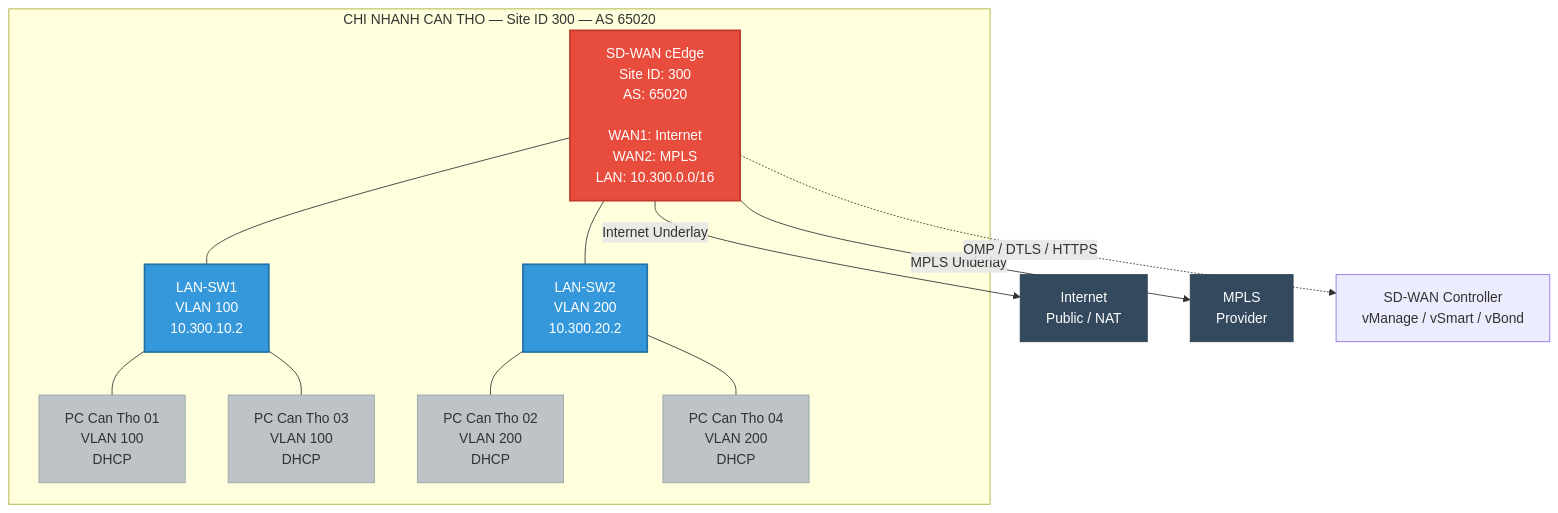
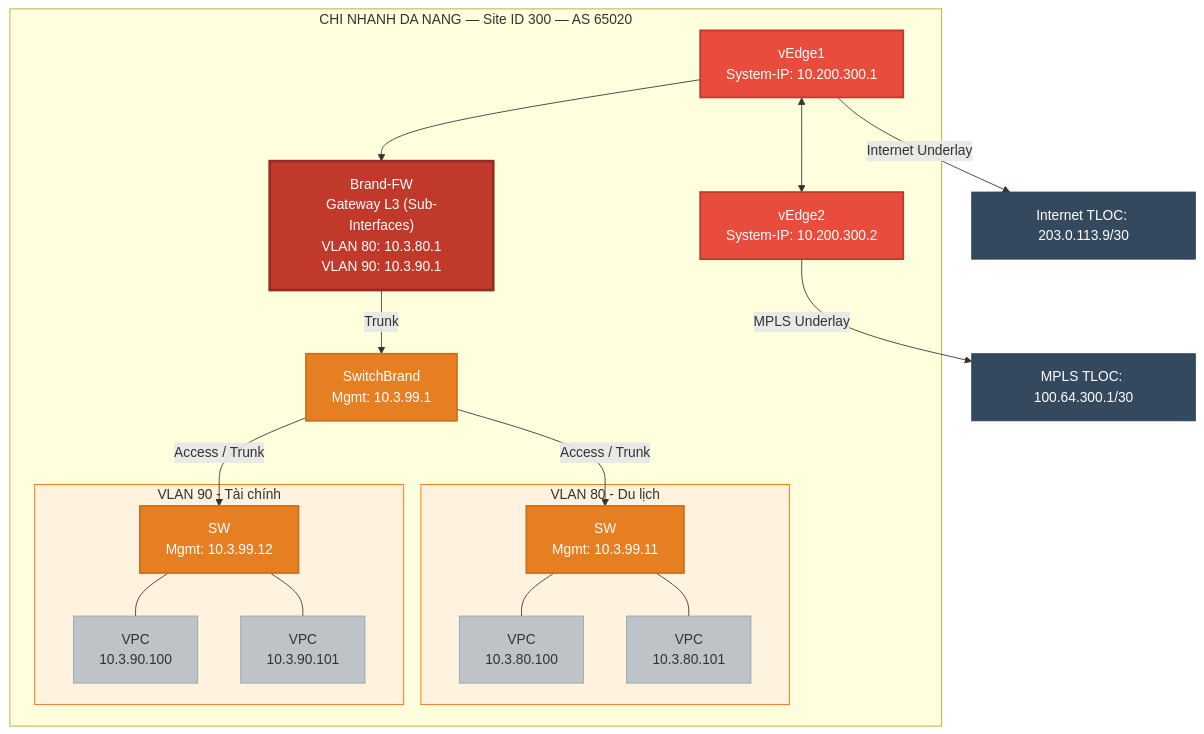
Before and after one commit to nhanhuutran007/Campus_Network_SDN_SD-WAN: the fifth of 6 diagrams in campus_network_sdn_sdwan.md, drawn with Mermaid. The commit also changed other lines of this file and 5 other files, not shown here.

````diff
--- a/campus_network_sdn_sdwan.md
+++ b/campus_network_sdn_sdwan.md
@@ -633,32 +484,50 @@
 ```mermaid
 graph TB
-    subgraph CT_SITE["CHI NHANH CAN THO — Site ID 300 — AS 65020"]
-        CEDGE300["SD-WAN cEdge<br/>Site ID: 300<br/>AS: 65020<br/><br/>WAN1: Internet<br/>WAN2: MPLS<br/>LAN: 10.300.0.0/16"]
-        BR2SW1["LAN-SW1<br/>VLAN 100<br/>10.300.10.2"]
-        BR2SW2["LAN-SW2<br/>VLAN 200<br/>10.300.20.2"]
-        BR2PC1["PC Can Tho 01<br/>VLAN 100<br/>DHCP"]
-        BR2PC2["PC Can Tho 02<br/>VLAN 200<br/>DHCP"]
-        BR2PC3["PC Can Tho 03<br/>VLAN 100<br/>DHCP"]
-        BR2PC4["PC Can Tho 04<br/>VLAN 200<br/>DHCP"]
-        CEDGE300 --- BR2SW1
-        CEDGE300 --- BR2SW2
-        BR2SW1 --- BR2PC1
-        BR2SW1 --- BR2PC3
-        BR2SW2 --- BR2PC2
-        BR2SW2 --- BR2PC4
+    subgraph DN_SITE["CHI NHANH DA NANG — Site ID 300 — AS 65020"]
+        CEDGE300_1["vEdge1<br/>System-IP: 10.200.300.1"]
+        CEDGE300_2["vEdge2<br/>System-IP: 10.200.300.2"]
+
+        FW_DN["Brand-FW<br/>Gateway L3 (Sub-Interfaces)<br/>VLAN 80: 10.3.80.1<br/>VLAN 90: 10.3.90.1"]
+
+        SW_B_DN["SwitchBrand<br/>Mgmt: 10.3.99.1"]
+        
+        subgraph DN_VLAN80["VLAN 80 - Du lịch"]
+            SW_A_DN["SW<br/>Mgmt: 10.3.99.11"]
+            VPC1["VPC<br/>10.3.80.100"]
+            VPC2["VPC<br/>10.3.80.101"]
+        end
+
+        subgraph DN_VLAN90["VLAN 90 - Tài chính"]
+            SW_B2_DN["SW<br/>Mgmt: 10.3.99.12"]
+            VPC3["VPC<br/>10.3.90.100"]
+            VPC4["VPC<br/>10.3.90.101"]
+        end
+
+        CEDGE300_1 <--> CEDGE300_2
+        CEDGE300_1 --> FW_DN
+        FW_DN -->|"Trunk"| SW_B_DN
+        SW_B_DN -->|"Access / Trunk"| SW_A_DN
+        SW_B_DN -->|"Access / Trunk"| SW_B2_DN
+        SW_A_DN --- VPC1
+        SW_A_DN --- VPC2
+        SW_B2_DN --- VPC3
+        SW_B2_DN --- VPC4
     end
 
-    CEDGE300 -->|"Internet Underlay"| WAN_CT["Internet<br/>Public / NAT"]
-    CEDGE300 -->|"MPLS Underlay"| MPLS_CT["MPLS<br/>Provider"]
-    CEDGE300 -.->|"OMP / DTLS / HTTPS"| SDWAN_CTRL2["SD-WAN Controller<br/>vManage / vSmart / vBond"]
+    CEDGE300_1 -->|"Internet Underlay"| WAN_DN["Internet TLOC: 203.0.113.9/30"]
+    CEDGE300_2 -->|"MPLS Underlay"| MPLS_DN["MPLS TLOC: 100.64.300.1/30"]
 
     classDef edge fill:#E74C3C,stroke:#C0392B,color:#fff,stroke-width:2px
-    classDef sw fill:#3498DB,stroke:#2471A3,color:#fff,stroke-width:2px
+    classDef fw fill:#C0392B,stroke:#922B21,color:#fff,stroke-width:3px
+    classDef acc fill:#E67E22,stroke:#CA6F1E,color:#fff,stroke-width:2px
     classDef pc fill:#BDC3C7,stroke:#95A5A6,color:#333
     classDef wan fill:#34495E,stroke:#2C3E50,color:#fff
+    classDef vlangroup fill:#fff3e0,stroke:#ef6c00,color:#333
 
-    class CEDGE300 edge
-    class BR2SW1,BR2SW2 sw
-    class BR2PC1,BR2PC2,BR2PC3,BR2PC4 pc
-    class WAN_CT,MPLS_CT wan
+    class CEDGE300_1,CEDGE300_2 edge
+    class FW_DN fw
+    class SW_B_DN,SW_A_DN,SW_B2_DN acc
+    class VPC1,VPC2,VPC3,VPC4 pc
+    class WAN_DN,MPLS_DN wan
+    class DN_VLAN80,DN_VLAN90 vlangroup
 ```
````
